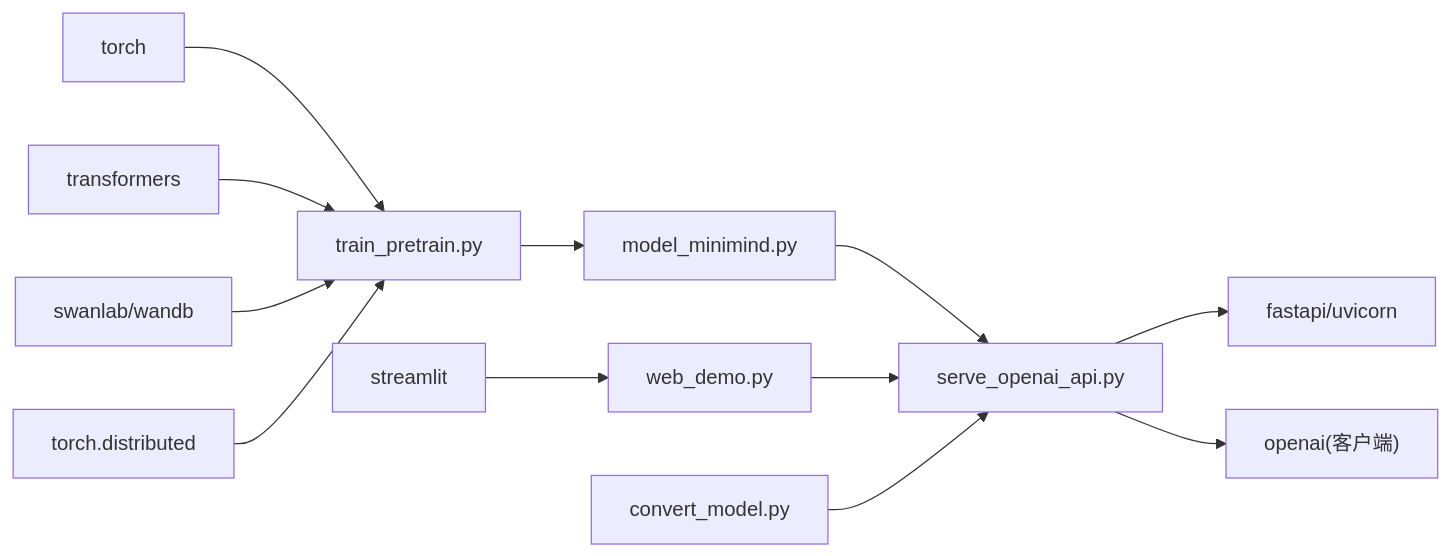
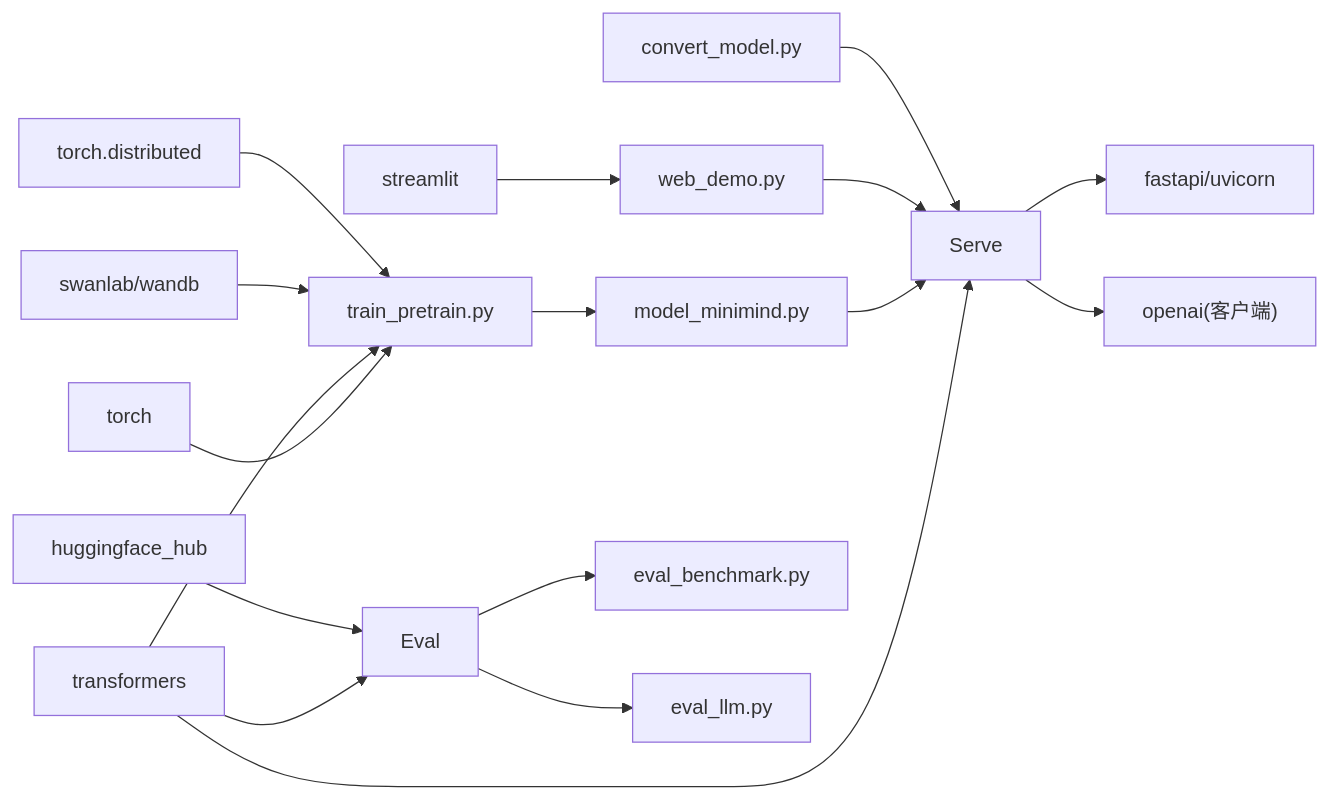
One commit to shiyukonghui/minimind changed the sixth of 6 diagrams in .qoder/repowiki/zh/content/核心代码模块/核心代码模块.md. Above: the diagram before and after it, drawn with Mermaid. The commit also changed other lines of this file and 5 other files, not shown here.

````diff
--- a/.qoder/repowiki/zh/content/核心代码模块/核心代码模块.md
+++ b/.qoder/repowiki/zh/content/核心代码模块/核心代码模块.md
@@ -309,14 +376,19 @@
 ```mermaid
 graph LR
 Torch["torch"] --> Train["train_pretrain.py"]
 Transformers["transformers"] --> Train
+Transformers --> Serve
+Transformers --> Eval
 Swanlab["swanlab/wandb"] --> Train
 DDP["torch.distributed"] --> Train
 Train --> Model["model_minimind.py"]
-Model --> Serve["serve_openai_api.py"]
+Model --> Serve
 Serve --> FastAPI["fastapi/uvicorn"]
 Serve --> OpenAI["openai(客户端)"]
 Streamlit["streamlit"] --> Web["web_demo.py"]
 Web --> Serve
 Convert["convert_model.py"] --> Serve
+Eval --> Benchmark["eval_benchmark.py"]
+Eval --> LLM["eval_llm.py"]
+HFHub["huggingface_hub"] --> Eval
 ```
````
